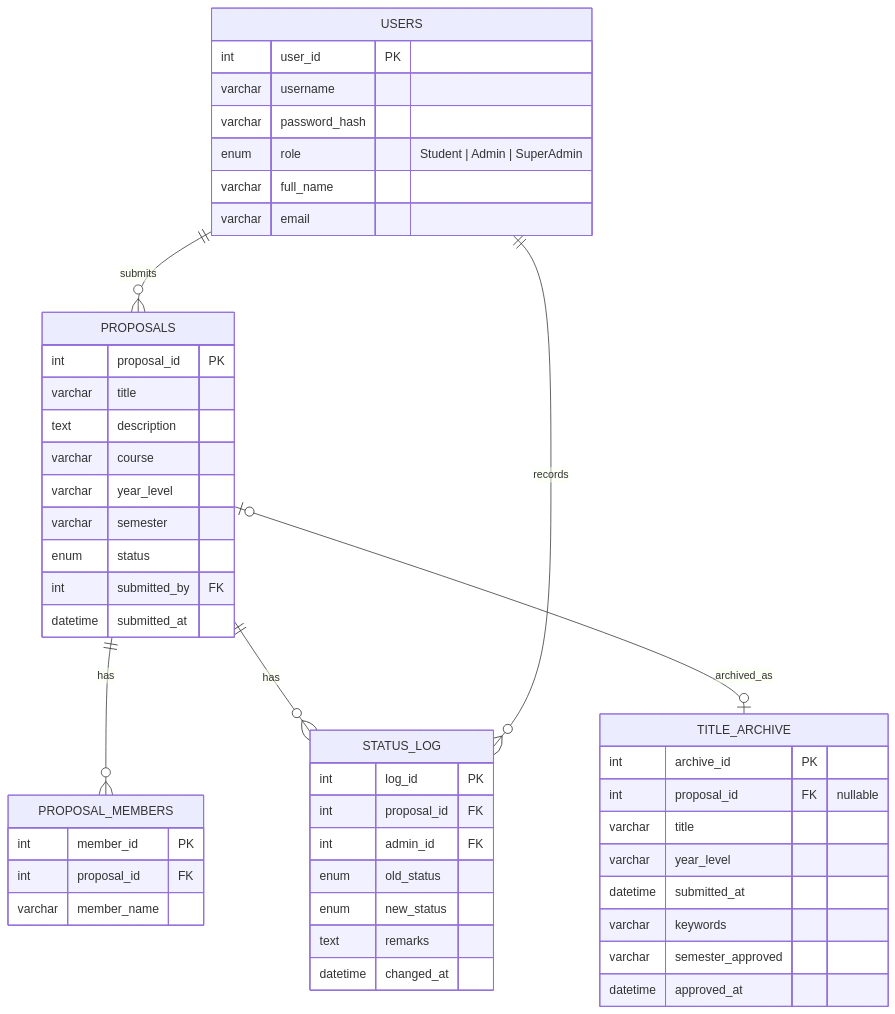
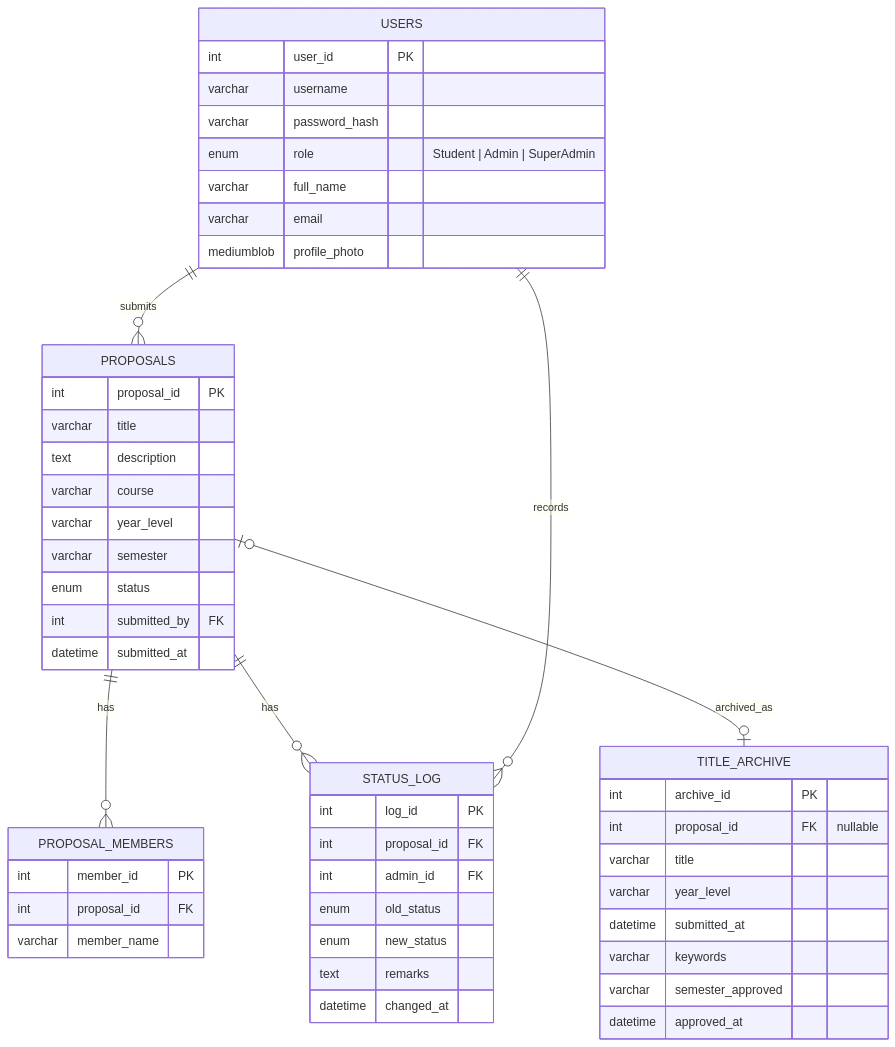
The diagram in docs/DATABASE_SCHEMA.md (albertii-alt/it-capstone-proposal-management-tracking-system-vbnet), drawn with Mermaid before and after one commit. The commit also changed other lines of this file and 10 other files, not shown here.

````diff
--- a/docs/DATABASE_SCHEMA.md
+++ b/docs/DATABASE_SCHEMA.md
@@ -9,51 +9,52 @@
 ```mermaid
 erDiagram
   USERS ||--o{ PROPOSALS : submits
   PROPOSALS ||--o{ PROPOSAL_MEMBERS : has
   PROPOSALS ||--o{ STATUS_LOG : has
   PROPOSALS o|--o| TITLE_ARCHIVE : archived_as
   USERS ||--o{ STATUS_LOG : records
   USERS {
     int user_id PK
     varchar username
     varchar password_hash
     enum role "Student | Admin | SuperAdmin"
     varchar full_name
     varchar email
+    mediumblob profile_photo
   }
   PROPOSALS {
     int proposal_id PK
     varchar title
     text description
     varchar course
     varchar year_level
     varchar semester
     enum status
     int submitted_by FK
     datetime submitted_at
   }
   PROPOSAL_MEMBERS {
     int member_id PK
     int proposal_id FK
     varchar member_name
   }
   STATUS_LOG {
     int log_id PK
     int proposal_id FK
     int admin_id FK
     enum old_status
     enum new_status
     text remarks
     datetime changed_at
   }
   TITLE_ARCHIVE {
     int archive_id PK
     int proposal_id FK "nullable"
     varchar title
     varchar year_level
     datetime submitted_at
     varchar keywords
     varchar semester_approved
     datetime approved_at
   }
 ```
````
